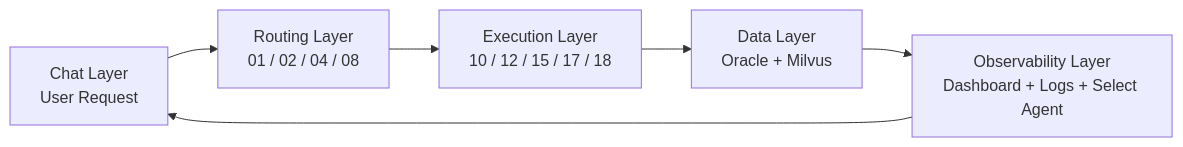
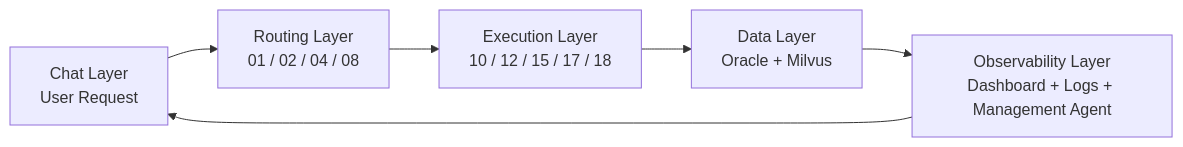
One commit to seongikjin227-jpg/refactoring_smartMigrate changed the first of 3 diagrams in smartMigrate_2.0_Langflow/00_guide/00_architecture_chapter1_overview.md. Above: the diagram before and after it, drawn with Mermaid. The commit also changed other lines of this file and 8 other files, not shown here.

````diff
--- a/smartMigrate_2.0_Langflow/00_guide/00_architecture_chapter1_overview.md
+++ b/smartMigrate_2.0_Langflow/00_guide/00_architecture_chapter1_overview.md
@@ -9,8 +9,8 @@
 ```mermaid
 flowchart LR
     CHAT[Chat Layer<br/>User Request] --> ROUTE[Routing Layer<br/>01 / 02 / 04 / 08]
     ROUTE --> EXEC[Execution Layer<br/>10 / 12 / 15 / 17 / 18]
     EXEC --> DATA[Data Layer<br/>Oracle + Milvus]
-    DATA --> OBS[Observability Layer<br/>Dashboard + Logs + Select Agent]
+    DATA --> OBS[Observability Layer<br/>Dashboard + Logs + Management Agent]
     OBS --> CHAT
 ```
````
